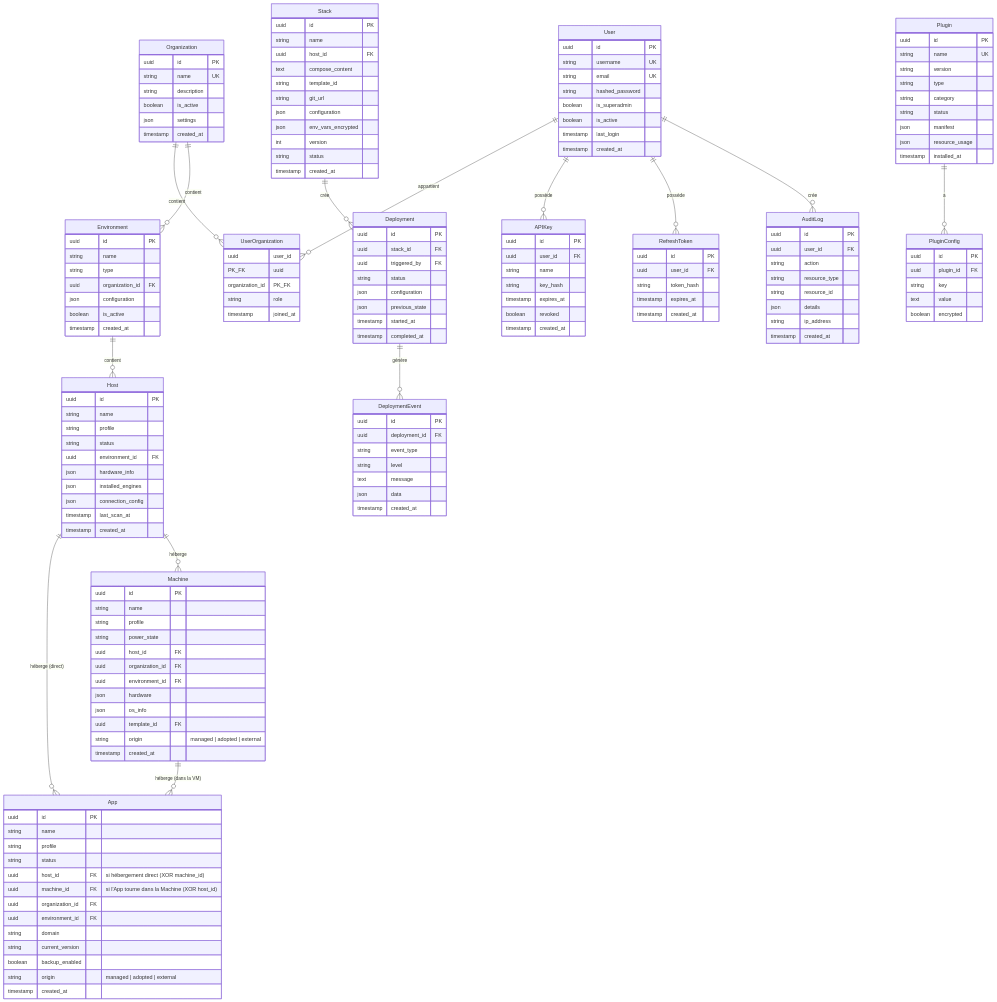
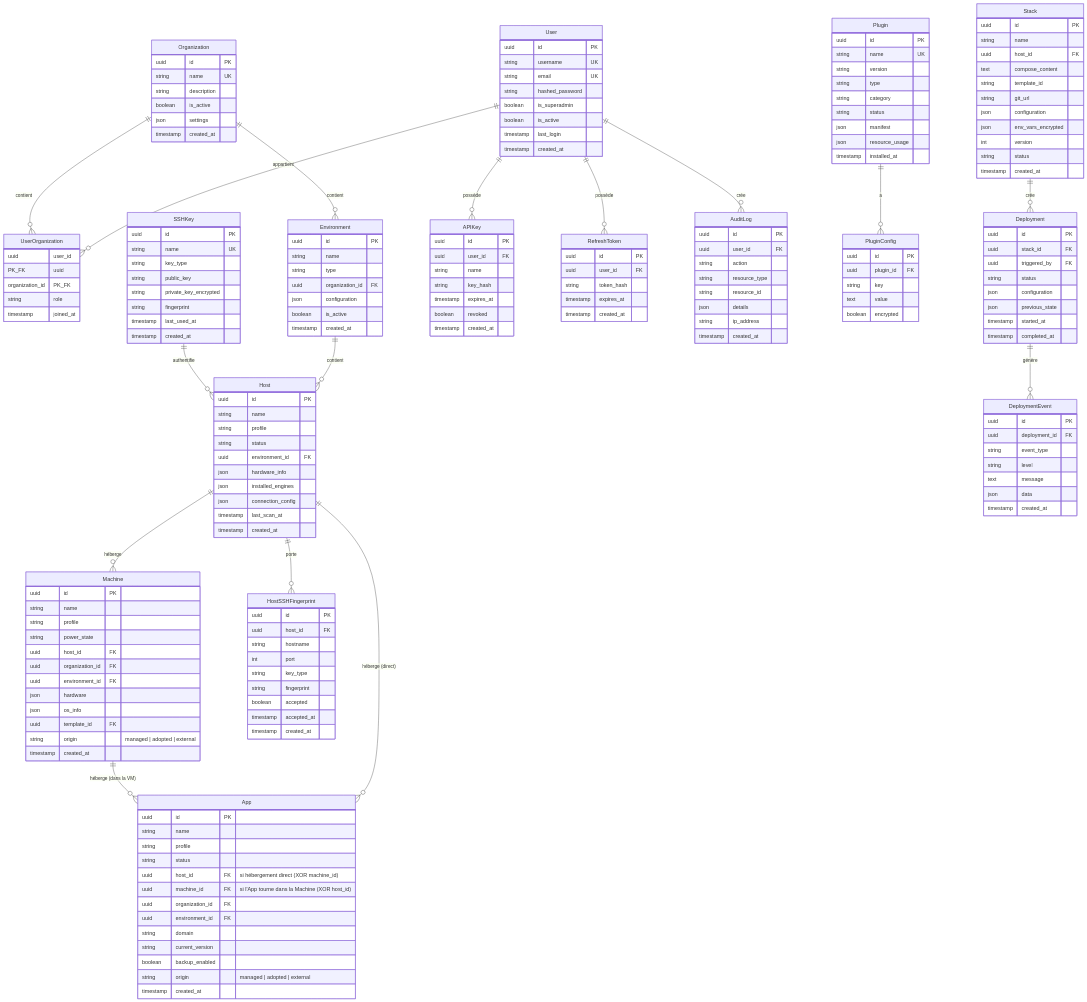
Before and after one commit to stefapi/windflow: the diagram in docs/general_specs/06-modele-de-donnees.md, drawn with Mermaid. The commit also changed other lines of this file and 12 other files, not shown here.

````diff
--- a/docs/general_specs/06-modele-de-donnees.md
+++ b/docs/general_specs/06-modele-de-donnees.md
@@ -33,6 +33,8 @@
     User ||--o{ RefreshToken : "possède"
     User ||--o{ AuditLog : "crée"
     Plugin ||--o{ PluginConfig : "a"
+    SSHKey ||--o{ Host : "authentifie"
+    Host ||--o{ HostSSHFingerprint : "porte"
 
     User {
         uuid id PK
@@ -198,4 +200,27 @@
         string ip_address
         timestamp created_at
     }
+
+    SSHKey {
+        uuid id PK
+        string name UK
+        string key_type
+        string public_key
+        string private_key_encrypted
+        string fingerprint
+        timestamp last_used_at
+        timestamp created_at
+    }
+
+    HostSSHFingerprint {
+        uuid id PK
+        uuid host_id FK
+        string hostname
+        int port
+        string key_type
+        string fingerprint
+        boolean accepted
+        timestamp accepted_at
+        timestamp created_at
+    }
 ```
````
